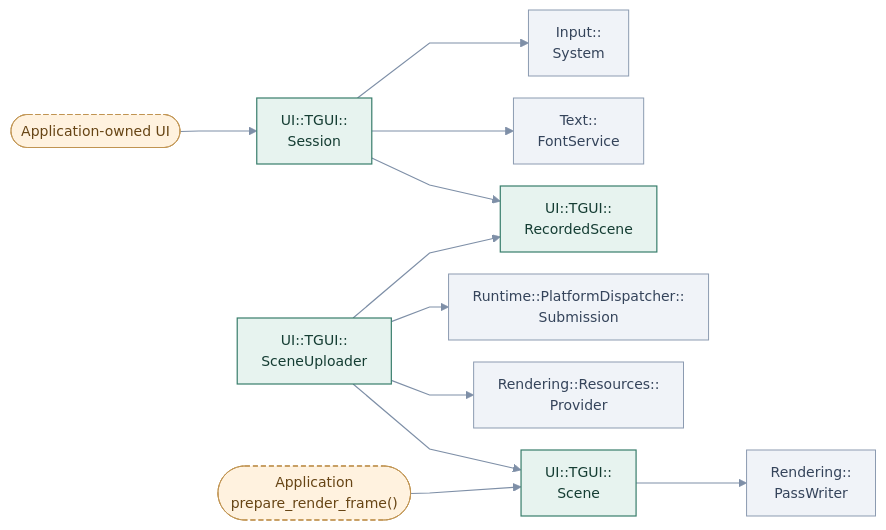
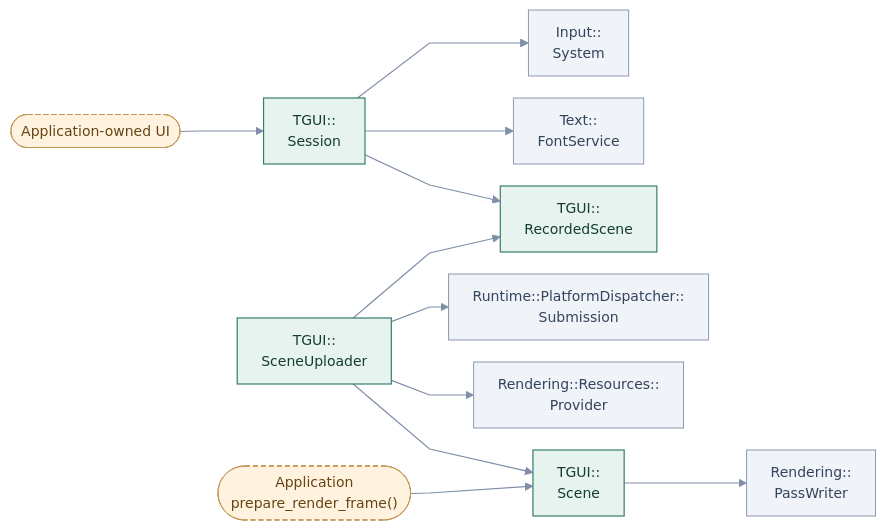
One commit to cppcooper/cheryl-engine changed the diagram in docs/site/engine-systems/diagrams/gui-focus-tgui.mmd. Above: the diagram before and after it, drawn with Mermaid. The commit also changed 54 other files, not shown here.

First line of the commit message:
Simplifies signatures and namespace labels across subsystem diagrams

```diff
--- a/docs/site/engine-systems/diagrams/gui-focus-tgui.mmd
+++ b/docs/site/engine-systems/diagrams/gui-focus-tgui.mmd
@@ -1,42 +1,42 @@
 ---
 config:
   theme: base
   themeVariables:
     fontFamily: system-ui, sans-serif
     fontSize: 14px
   flowchart:
     htmlLabels: true
     curve: linear
     nodeSpacing: 22
     rankSpacing: 38
     padding: 12
 ---
 flowchart LR
     accTitle: GUI · TGUI publication
-    accDescr: Arrows point toward dependencies. Application roles are rounded; named API operations have rounded corners. Dashed arrows mark optional choices.
+    accDescr: Local names omit UI::; ambiguous nested namespaces remain qualified. Local names omit UI::; ambiguous nested namespaces remain qualified. Arrows point toward dependencies. Application roles are rounded; named API operations have rounded corners. Dashed arrows mark optional choices.
     k0(["Application-owned UI"]):::app
-    k1["UI::TGUI::<br/>Session"]:::focal
+    k1["TGUI::<br/>Session"]:::focal
     k2["Input::<br/>System"]:::neighbor
     k3["Text::<br/>FontService"]:::neighbor
-    k4["UI::TGUI::<br/>RecordedScene"]:::focal
-    k5["UI::TGUI::<br/>SceneUploader"]:::focal
+    k4["TGUI::<br/>RecordedScene"]:::focal
+    k5["TGUI::<br/>SceneUploader"]:::focal
     k6["Runtime::PlatformDispatcher::<br/>Submission"]:::neighbor
     k7["Rendering::Resources::<br/>Provider"]:::neighbor
-    k8["UI::TGUI::<br/>Scene"]:::focal
+    k8["TGUI::<br/>Scene"]:::focal
     k9(["Application<br/>prepare_render_frame()"]):::app
     k10["Rendering::<br/>PassWriter"]:::neighbor
     k0 --> k1
     k1 --> k2
     k1 --> k3
     k1 --> k4
     k5 --> k4
     k5 --> k6
     k5 --> k7
     k5 --> k8
     k9 --> k8
     k8 --> k10
     classDef focal fill:#e7f3ef,stroke:#387d6b,color:#153d33,stroke-width:1.2px
     classDef neighbor fill:#f0f3f8,stroke:#8c9bb1,color:#35445b,stroke-width:1px
     classDef app fill:#fff2df,stroke:#c09452,color:#674515,stroke-dasharray:5 3
     classDef system fill:#eaf0fc,stroke:#617fab,color:#263f69,stroke-width:1.2px
     linkStyle default stroke:#7e8fa7,stroke-width:1.2px
```
